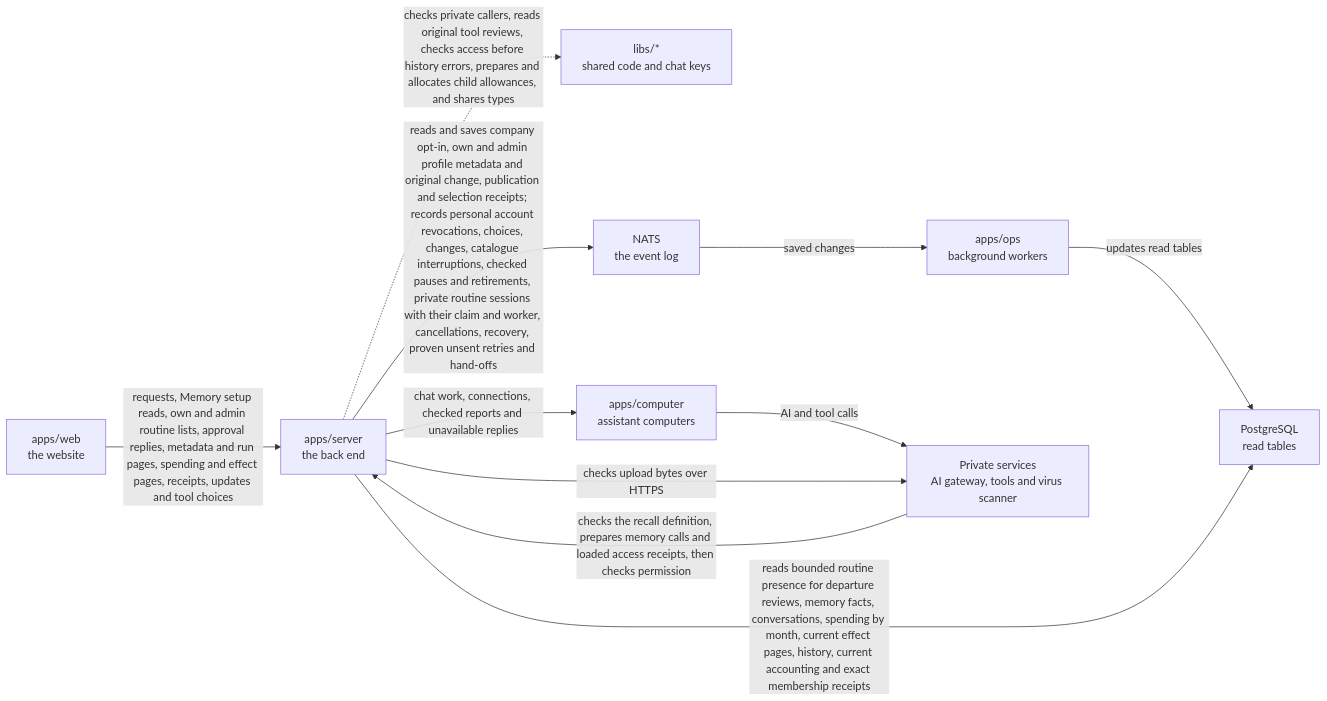
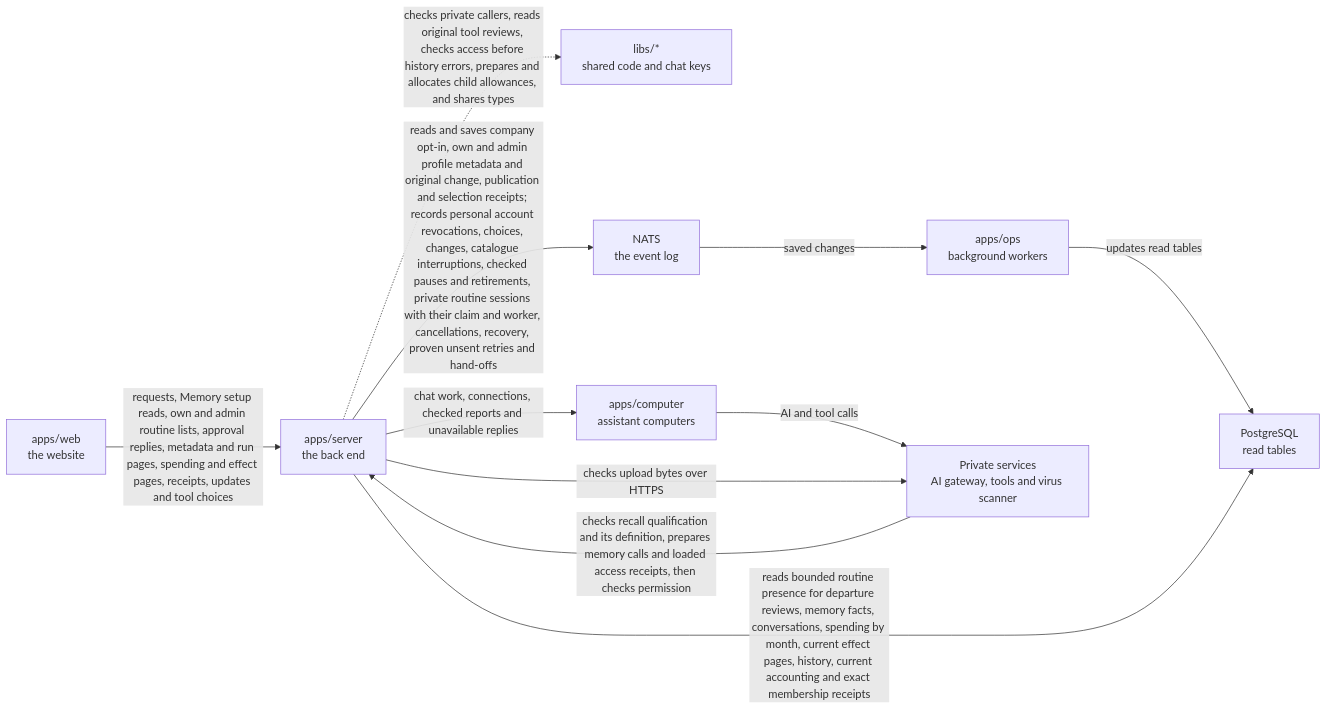
The diagram in apps/server/README.md (elewa-git/opencrane-new), drawn with Mermaid before and after one commit. The commit also changed other lines of this file and 5 other files, not shown here.

Commit message:
🧠 Bind personal recall preparation to matching privacy qualification

````diff
--- a/apps/server/README.md
+++ b/apps/server/README.md
@@ -86,13 +86,13 @@
 ```mermaid
 flowchart LR
   web["apps/web<br/>the website"] -->|requests, Memory setup reads, own and admin routine lists, approval replies, metadata and run pages, spending and effect pages, receipts, updates and tool choices| server["apps/server<br/>the back end"]
   server -.->|checks private callers, reads original tool reviews, checks access before history errors, prepares and allocates child allowances, and shares types| libs["libs/*<br/>shared code and chat keys"]
   server -->|reads and saves company opt-in, own and admin profile metadata and original change, publication and selection receipts; records personal account revocations, choices, changes, catalogue interruptions, checked pauses and retirements, private routine sessions with their claim and worker, cancellations, recovery, proven unsent retries and hand-offs| nats["NATS<br/>the event log"]
   nats -->|saved changes| ops["apps/ops<br/>background workers"]
   ops -->|updates read tables| postgres["PostgreSQL<br/>read tables"]
   server -->|reads bounded routine presence for departure reviews, memory facts, conversations, spending by month, current effect pages, history, current accounting and exact membership receipts| postgres
   server -->|chat work, connections, checked reports and unavailable replies| computer["apps/computer<br/>assistant computers"]
   computer -->|AI and tool calls| runtime["Private services<br/>AI gateway, tools and virus scanner"]
   server -->|checks upload bytes over HTTPS| runtime
-  runtime -->|checks the recall definition, prepares memory calls and loaded access receipts, then checks permission| server
+  runtime -->|checks recall qualification and its definition, prepares memory calls and loaded access receipts, then checks permission| server
 ```
````
